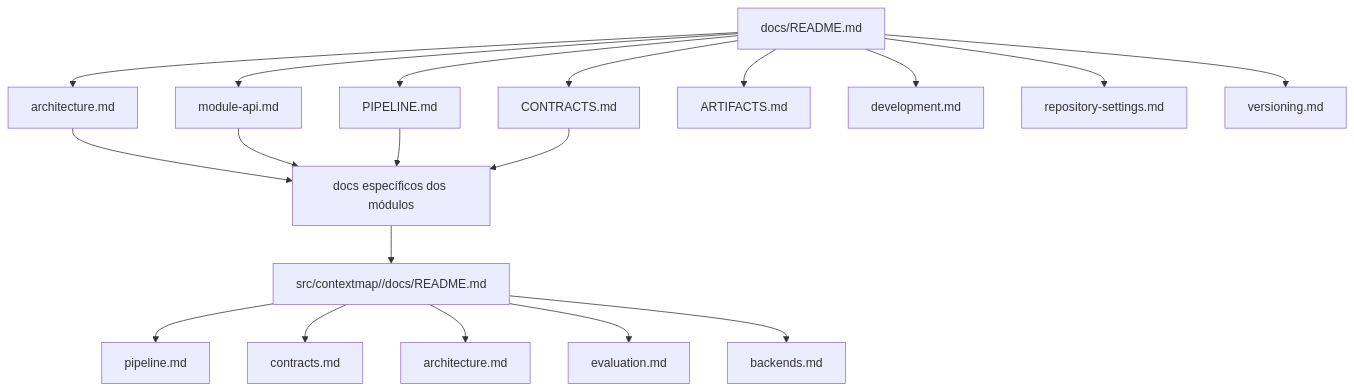
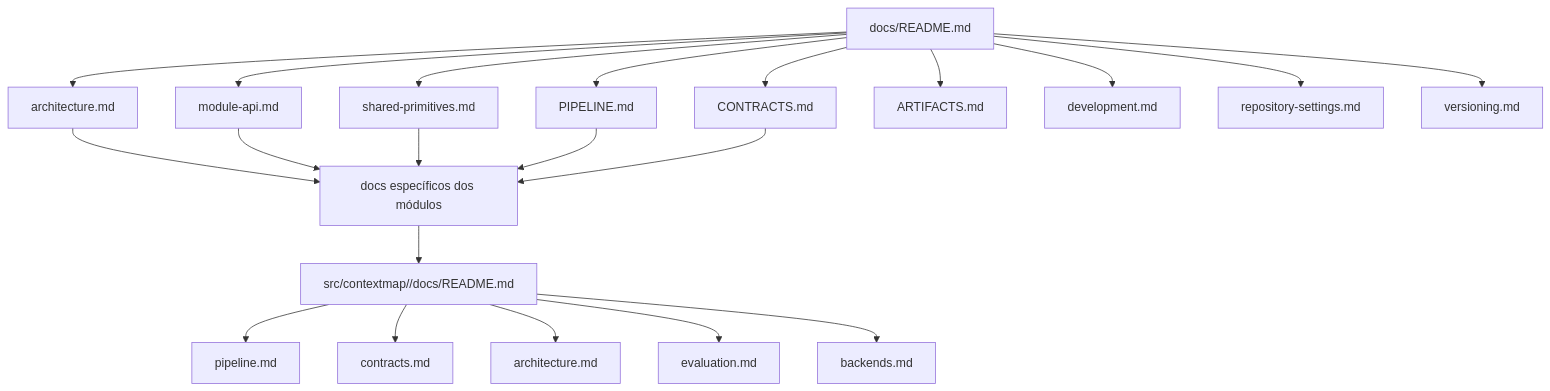
Before and after one commit to Alexandre-Tortoza/contextmap2: the second of 2 diagrams in docs/README.md, drawn with Mermaid. The commit also changed other lines of this file, not shown here.

First line of the commit message:
docs(index): link shared primitives policy

````diff
--- a/docs/README.md
+++ b/docs/README.md
@@ -46,25 +47,27 @@
 ```mermaid
 flowchart TD
     R[docs/README.md]
 
     R --> P[PIPELINE.md]
     R --> A[architecture.md]
     R --> API[module-api.md]
+    R --> SH[shared-primitives.md]
     R --> C[CONTRACTS.md]
     R --> AR[ARTIFACTS.md]
     R --> D[development.md]
     R --> RS[repository-settings.md]
     R --> V[versioning.md]
 
     A --> M[docs específicos dos módulos]
     API --> M
+    SH --> M
     P --> M
     C --> M
 
     M --> MR[src/contextmap/<module>/docs/README.md]
     MR --> MP[pipeline.md]
     MR --> MC[contracts.md]
     MR --> MA[architecture.md]
     MR --> ME[evaluation.md]
     MR --> MB[backends.md]
 ```
````
